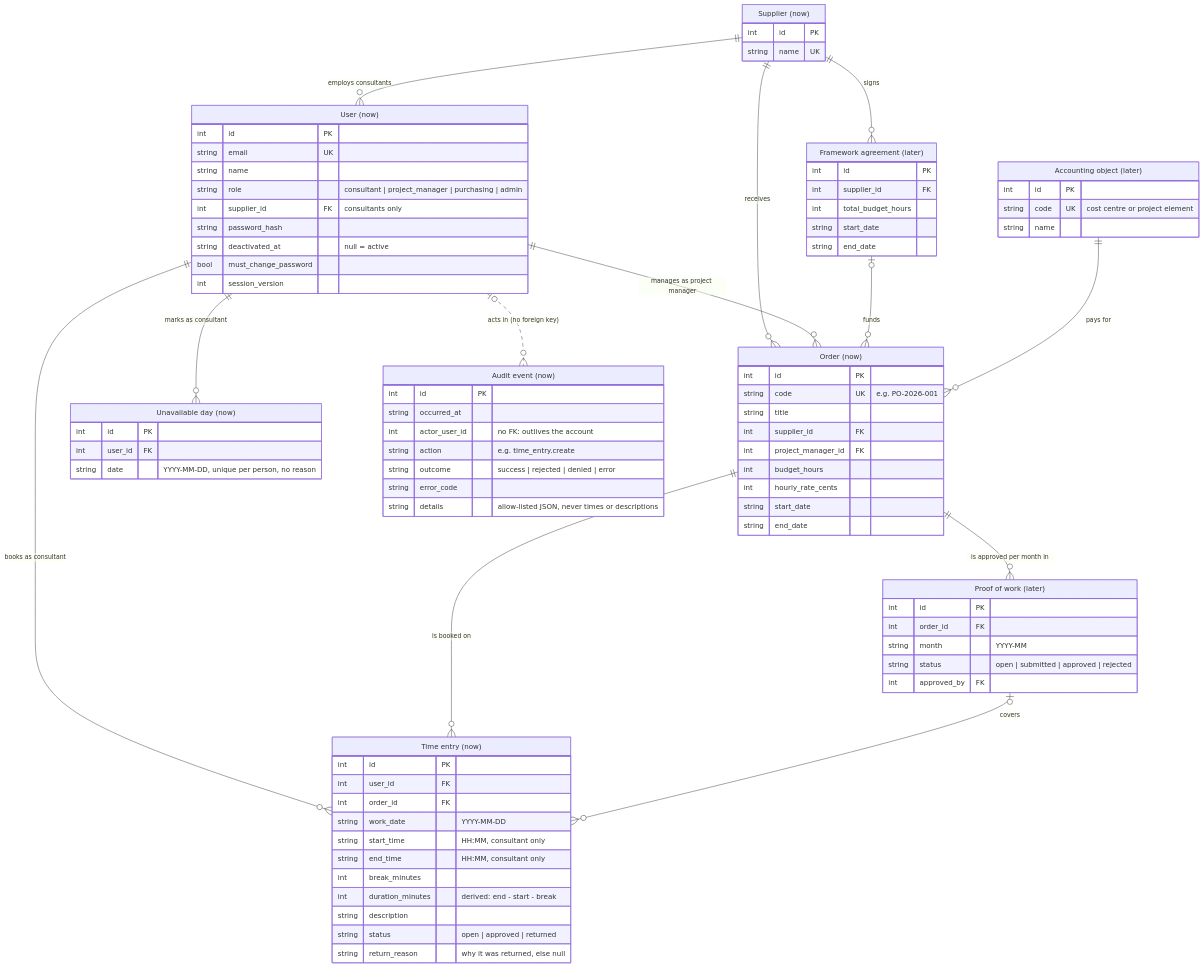
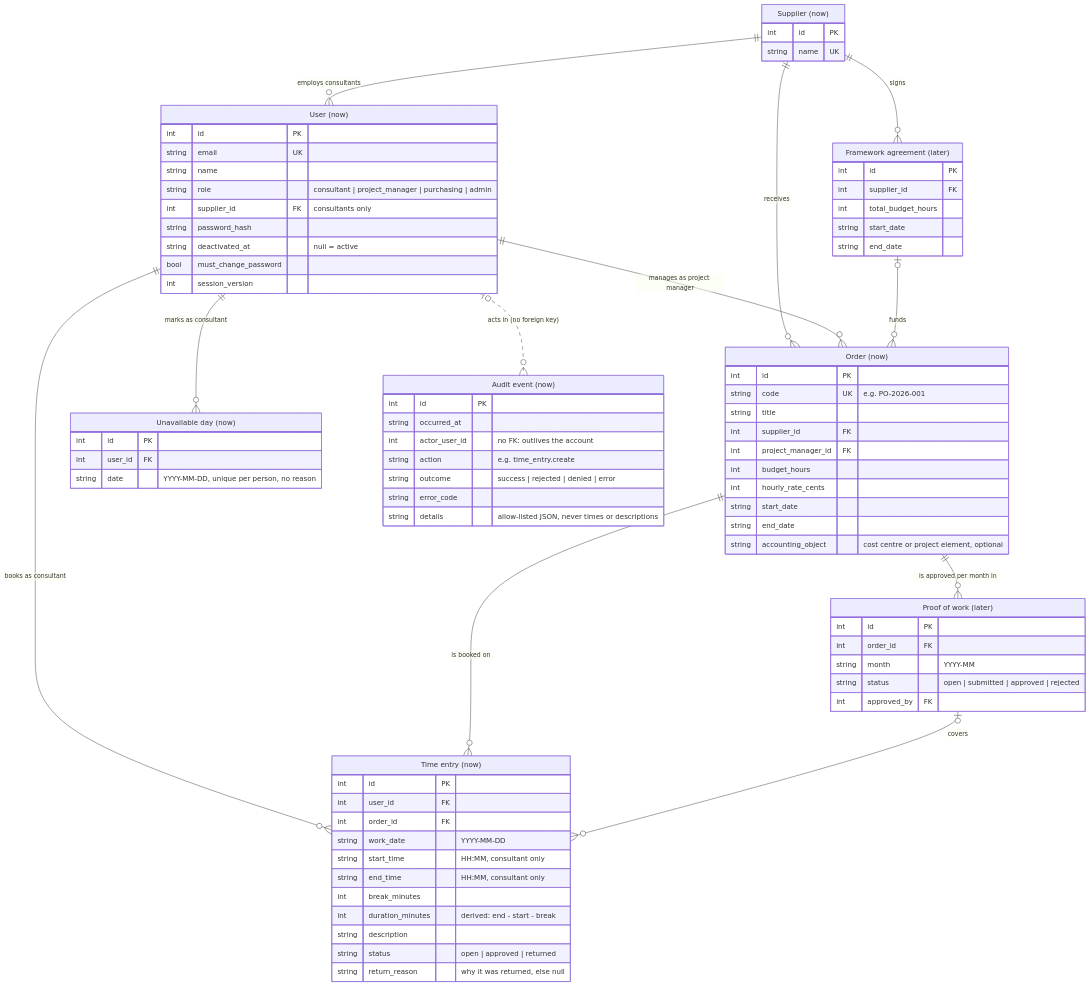
One commit to devjimah/code-six-timebooking changed the diagram in docs/domain.md. Above: the diagram before and after it, drawn with Mermaid. The commit also changed other lines of this file and 19 other files, not shown here.

First line of the commit message:
feat: orders name the cost centre or project element that pays for them

```diff
--- a/docs/domain.md
+++ b/docs/domain.md
@@ -42,7 +43,6 @@
 
     SUPPLIER ||--o{ FRAMEWORK_AGREEMENT : "signs"
     FRAMEWORK_AGREEMENT |o--o{ ORDER : "funds"
-    ACCOUNTING_OBJECT ||--o{ ORDER : "pays for"
     ORDER ||--o{ PROOF_OF_WORK : "is approved per month in"
     PROOF_OF_WORK |o--o{ TIME_ENTRY : "covers"
 
@@ -71,6 +71,7 @@
         int hourly_rate_cents
         string start_date
         string end_date
+        string accounting_object "cost centre or project element, optional"
     }
     TIME_ENTRY["Time entry (now)"] {
         int id PK
@@ -106,11 +107,6 @@
         string start_date
         string end_date
     }
-    ACCOUNTING_OBJECT["Accounting object (later)"] {
-        int id PK
-        string code UK "cost centre or project element"
-        string name
-    }
     PROOF_OF_WORK["Proof of work (later)"] {
         int id PK
         int order_id FK
```
